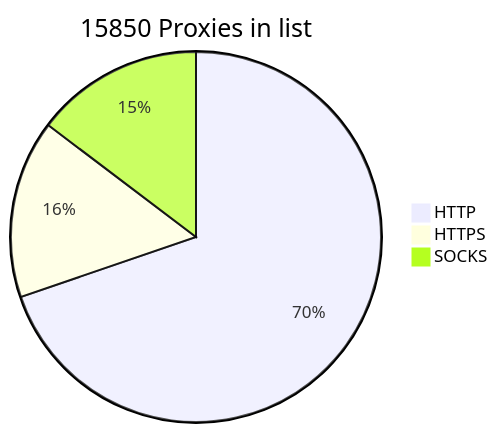
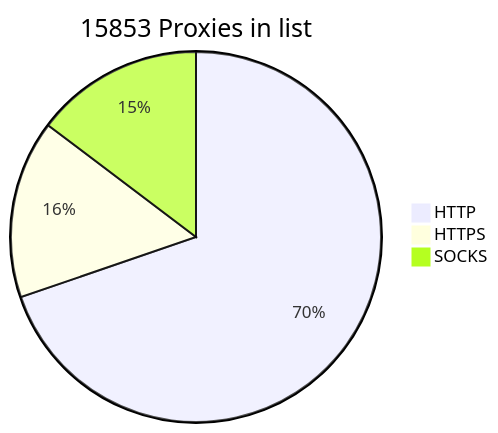
One commit to BlackSnowDot/proxylist-update-every-minute changed the diagram in README.md. Above: the diagram before and after it, drawn with Mermaid.

````diff
--- a/README.md
+++ b/README.md
@@ -2,6 +2,6 @@
 ```mermaid
-pie title 15850 Proxies in list
+pie title 15853 Proxies in list
     "HTTP" : 11630
     "HTTPS": 2595
-    "SOCKS" : 2448
+    "SOCKS" : 2451
 ```
````
